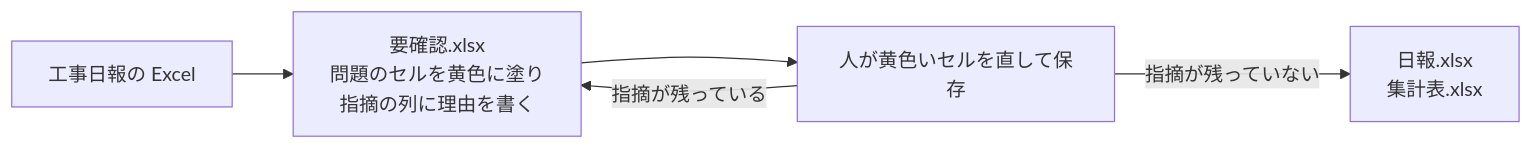
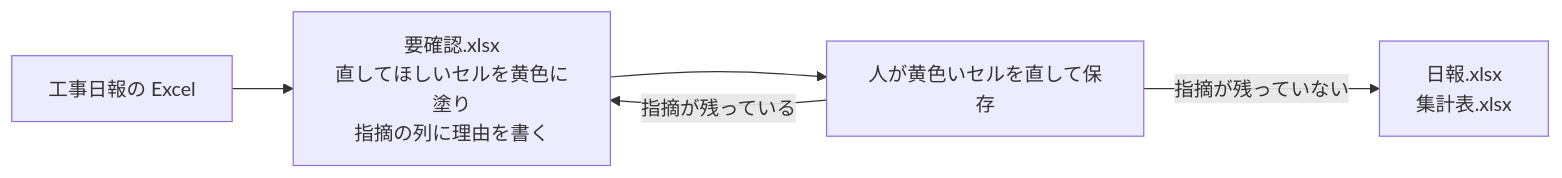
Before and after one commit to nemonsoon/construction-daily-report: the diagram in README.md, drawn with Mermaid. The commit also changed other lines of this file and 4 other files, not shown here.

Commit message:
docs: refresh README and split architecture and development guides

````diff
--- a/README.md
+++ b/README.md
@@ -21,7 +22,7 @@
 ```mermaid
 flowchart LR
-    A[工事日報の Excel] --> B[要確認.xlsx<br>問題のセルを黄色に塗り<br>指摘の列に理由を書く]
+    A[工事日報の Excel] --> B[要確認.xlsx<br>直してほしいセルを黄色に塗り<br>指摘の列に理由を書く]
     B --> C[人が黄色いセルを直して保存]
     C -->|指摘が残っている| B
     C -->|指摘が残っていない| D[日報.xlsx<br>集計表.xlsx]
 ```
````
